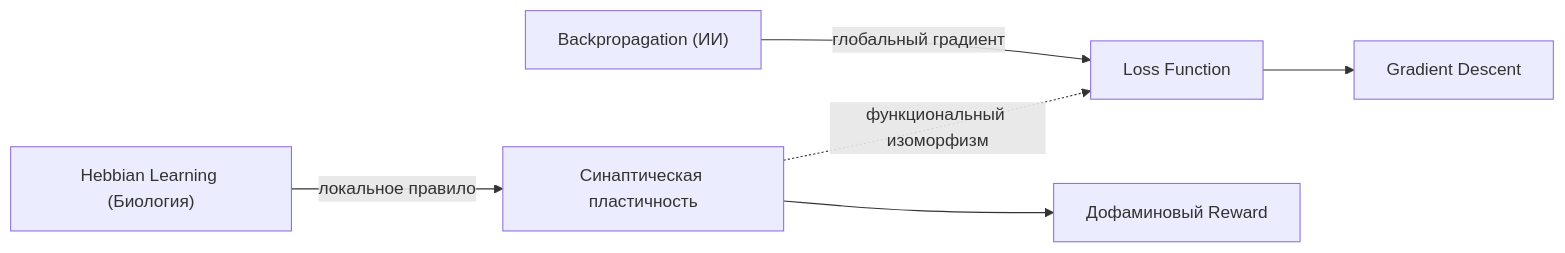
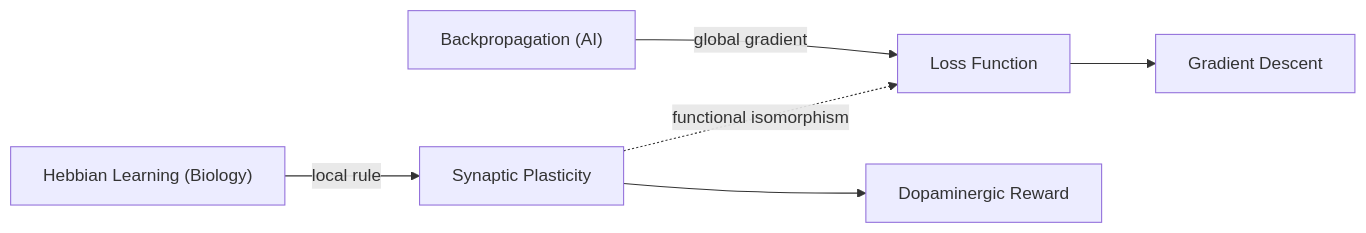
The diagram in examples/example-atomic-note.md (vnkdevelop/knowledge-brain), drawn with Mermaid before and after one commit. The commit also changed other lines of this file and 9 other files, not shown here.

````diff
--- a/examples/example-atomic-note.md
+++ b/examples/example-atomic-note.md
@@ -44,8 +47,8 @@
 ```mermaid
 graph LR
-    A["Hebbian Learning (Биология)"] -->|локальное правило| B["Синаптическая пластичность"]
-    C["Backpropagation (ИИ)"] -->|глобальный градиент| D["Loss Function"]
-    B -.->|функциональный изоморфизм| D
-    B --> E["Дофаминовый Reward"]
+    A["Hebbian Learning (Biology)"] -->|local rule| B["Synaptic Plasticity"]
+    C["Backpropagation (AI)"] -->|global gradient| D["Loss Function"]
+    B -.->|functional isomorphism| D
+    B --> E["Dopaminergic Reward"]
     D --> F["Gradient Descent"]
 ```
````
